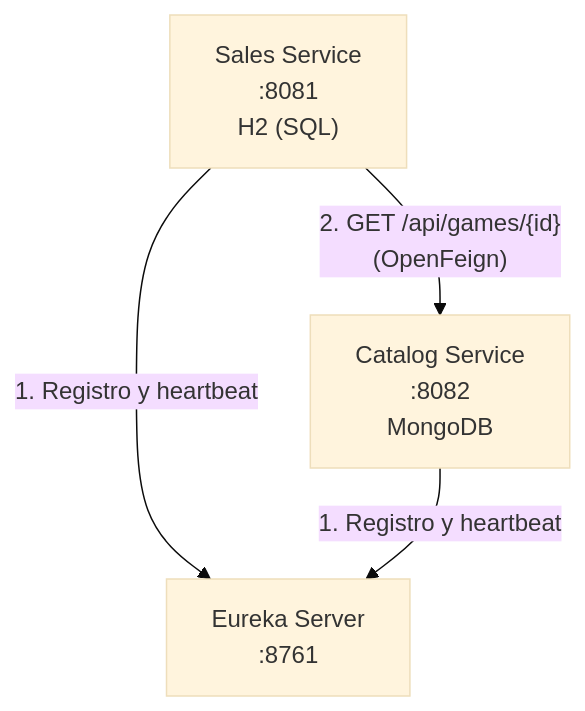
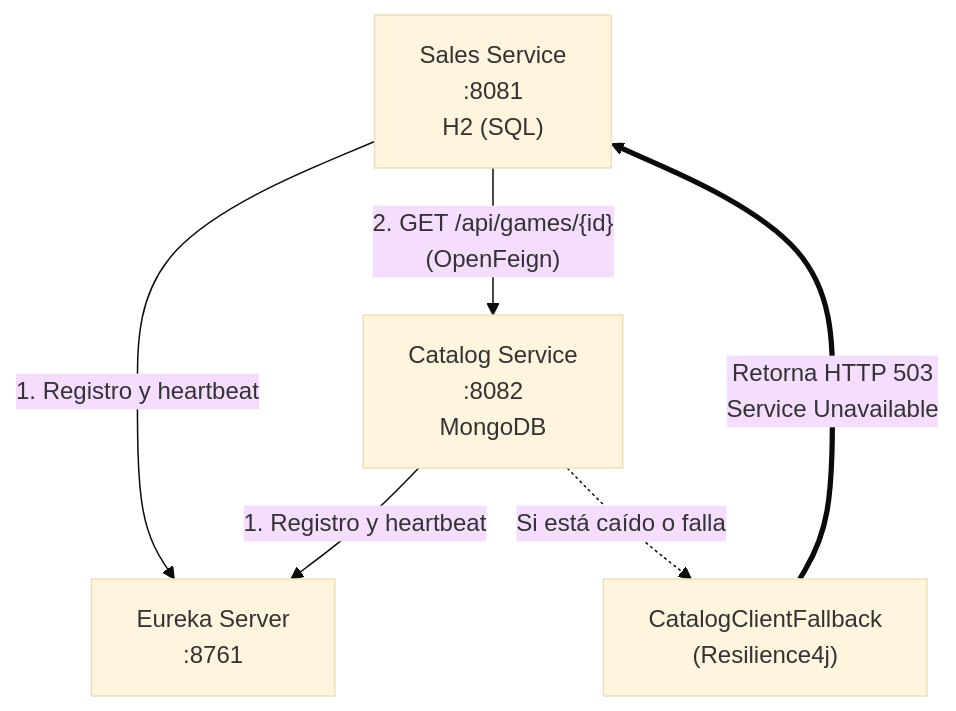
One commit to Alger125/sales-service changed the first of 4 diagrams in README.md. Above: the diagram before and after it, drawn with Mermaid (base theme). The commit also changed other lines of this file, not shown here.

Commit message:
docs(sales): document resilience4j circuit breaker, feign fallback and 503 error responses

````diff
--- a/README.md
+++ b/README.md
@@ -80,10 +81,13 @@
 ```mermaid
 flowchart TB
     EUR["Eureka Server<br/>:8761"]
     SALES["Sales Service<br/>:8081<br/>H2 (SQL)"]
     CAT["Catalog Service<br/>:8082<br/>MongoDB"]
+    FALLBACK["CatalogClientFallback<br/>(Resilience4j)"]
 
     SALES -- "1. Registro y heartbeat" --> EUR
     CAT -- "1. Registro y heartbeat" --> EUR
     SALES -- "2. GET /api/games/{id}<br/>(OpenFeign)" --> CAT
+    CAT -.->|"Si está caído o falla"| FALLBACK
+    FALLBACK ==>|"Retorna HTTP 503<br/>Service Unavailable"| SALES
 ```
````
